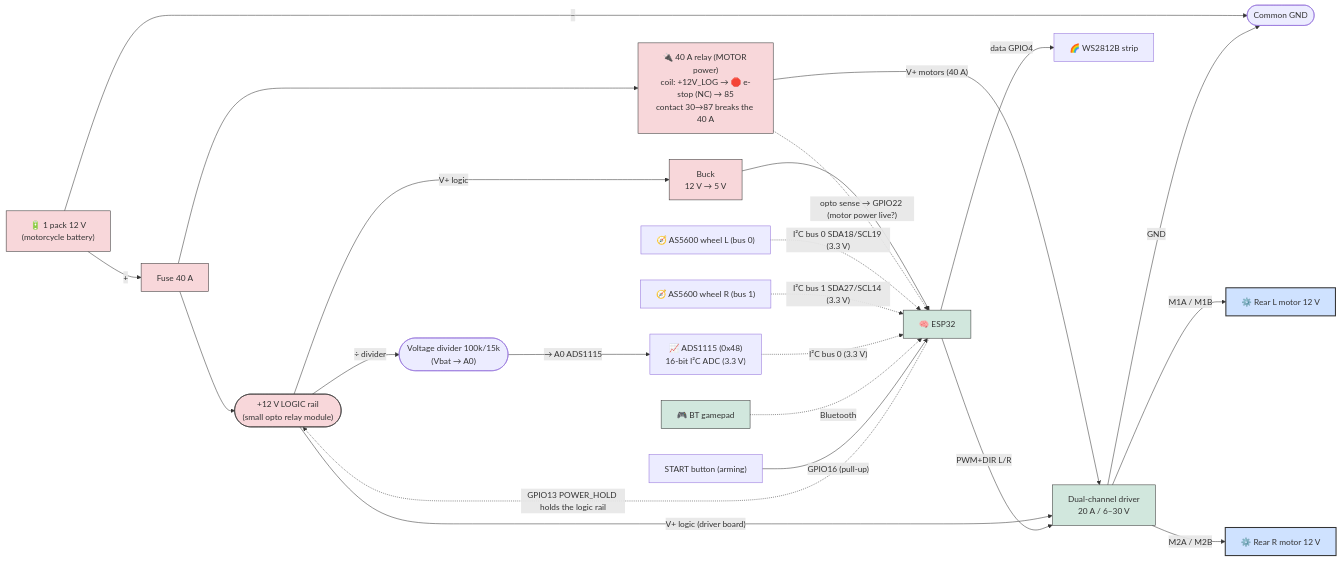
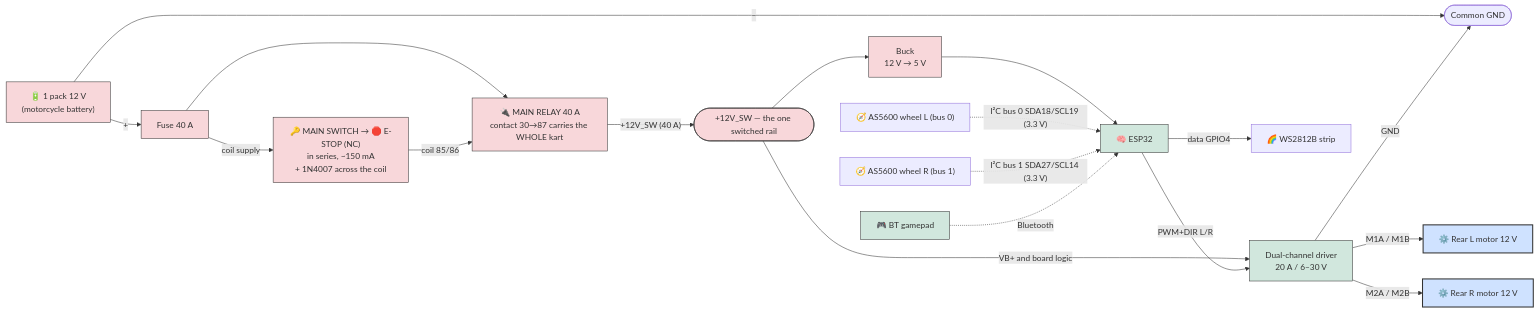
Before and after one commit to pinkymaxou/powered-soapbox-car: the sixth of 9 diagrams in README.md, drawn with Mermaid. The commit also changed other lines of this file and 38 other files, not shown here.

````diff
--- a/README.md
+++ b/README.md
@@ -439,52 +447,45 @@
 ```mermaid
 flowchart LR
     BATT["🔋 1 pack 12 V<br/>(motorcycle battery)"]
     FUSE["Fuse 40 A"]
-    RAIL(["+12 V LOGIC rail<br/>(small opto relay module)"])
-    SW["🔌 40 A relay (MOTOR power)<br/>coil: +12V_LOG → 🛑 e-stop (NC) → 85<br/>contact 30→87 breaks the 40 A"]
+    COIL["🔑 MAIN SWITCH → 🛑 E-STOP (NC)<br/>in series, ~150 mA<br/>+ 1N4007 across the coil"]
+    SW["🔌 MAIN RELAY 40 A<br/>contact 30→87 carries the WHOLE kart"]
+    RAIL(["+12V_SW — the one switched rail"])
     GNDC(["Common GND"])
     BUCK["Buck<br/>12 V → 5 V"]
     ESP["🧠 ESP32"]
     PAD["🎮 BT gamepad"]
     DRV["Dual-channel driver<br/>20 A / 6–30 V"]
     M1["⚙️ Rear L motor 12 V"]
     M2["⚙️ Rear R motor 12 V"]
-    ADS["📈 ADS1115 (0x48)<br/>16-bit I²C ADC (3.3 V)"]
     EG["🧭 AS5600 wheel L (bus 0)"]
     ED["🧭 AS5600 wheel R (bus 1)"]
-    DIVB(["Voltage divider 100k/15k<br/>(Vbat → A0)"])
-    BTN["START button (arming)"]
     WS["🌈 WS2812B strip"]
 
-    %% Power: two rails — the small module holds the LOGIC, the 40 A relay feeds the MOTORS
-    BATT -- "+" --> FUSE --> RAIL
-    FUSE --> SW
-    SW -- "V+ motors (40 A)" --> DRV
-    RAIL -- "V+ logic (driver board)" --> DRV
-    RAIL -- "V+ logic" --> BUCK --> ESP
+    %% Power: ONE relay, ONE rail — either switch in the coil kills everything
+    BATT -- "+" --> FUSE --> SW
+    FUSE -- "coil supply" --> COIL -- "coil 85/86" --> SW
+    SW -- "+12V_SW (40 A)" --> RAIL
+    RAIL -- "VB+ and board logic" --> DRV
+    RAIL --> BUCK --> ESP
     BATT -- "−" --> GNDC
     DRV -- "GND" --> GNDC
-    ESP -. "GPIO13 POWER_HOLD holds the logic rail" .-> RAIL
-    SW -. "opto sense → GPIO22 (motor power live?)" .-> ESP
 
     %% Motor outputs + speed feedback
     DRV -- "M1A / M1B" --> M1
     DRV -- "M2A / M2B" --> M2
     EG -. "I²C bus 0 SDA18/SCL19 (3.3 V)" .-> ESP
     ED -. "I²C bus 1 SDA27/SCL14 (3.3 V)" .-> ESP
-    ADS -. "I²C bus 0 (3.3 V)" .-> ESP
 
     %% Signals
     PAD -. "Bluetooth" .-> ESP
     ESP -- "PWM+DIR L/R" --> DRV
-    RAIL -- "÷ divider" --> DIVB -- "→ A0 ADS1115" --> ADS
-    BTN -- "GPIO16 (pull-up)" --> ESP
     ESP -- "data GPIO4" --> WS
 
     classDef pwr fill:#f8d7da,stroke:#333;
     classDef ctrl fill:#d1e7dd,stroke:#333;
     classDef mot fill:#cfe2ff,stroke:#333,stroke-width:2px;
-    class BATT,FUSE,RAIL,SW,BUCK pwr;
+    class BATT,FUSE,RAIL,SW,COIL,BUCK pwr;
     class ESP,DRV,PAD ctrl;
     class M1,M2 mot;
 ```
````
